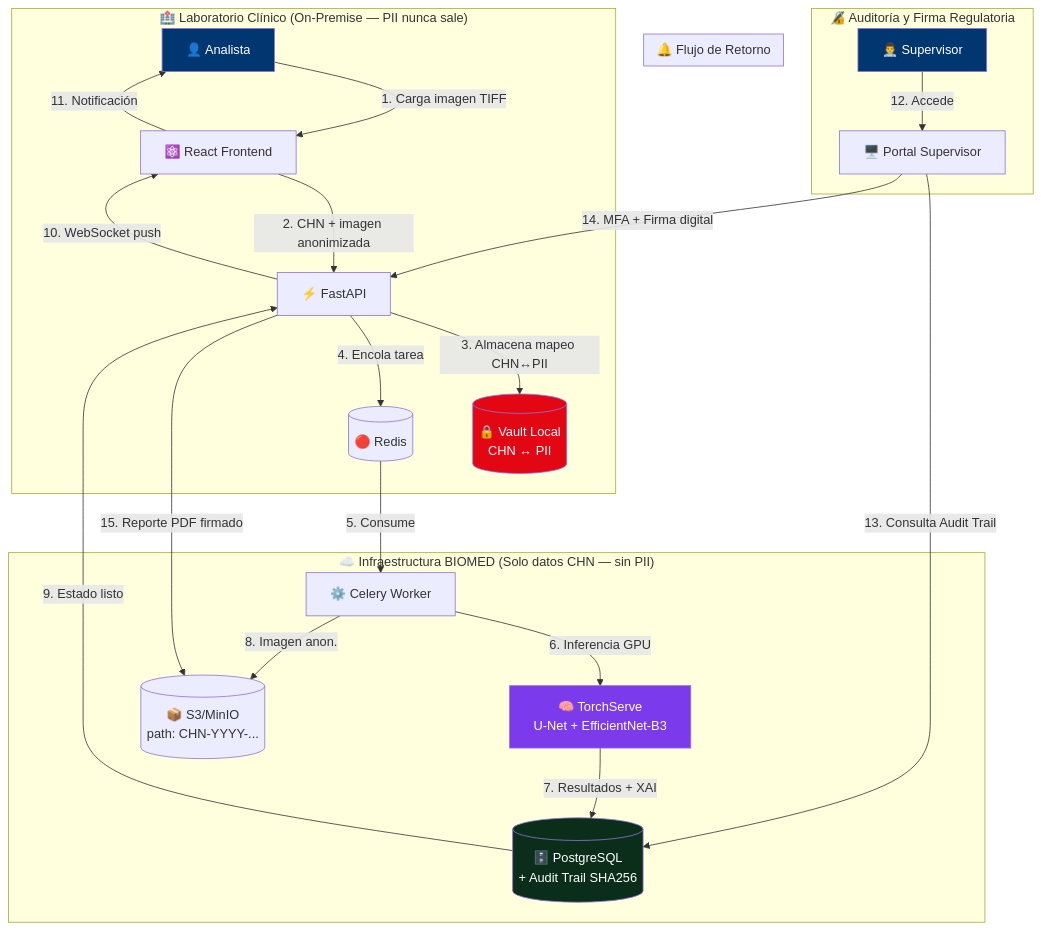
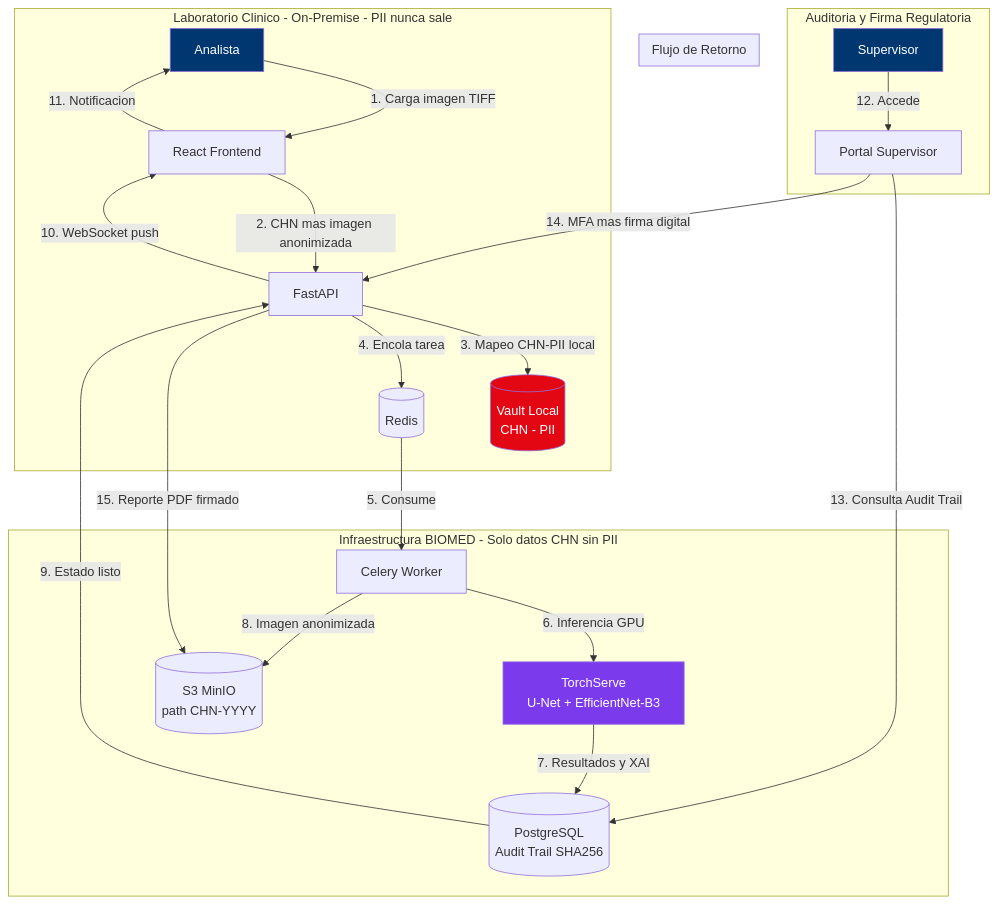
One commit to guillemc92/karyoumss changed the fifth of 6 diagrams in docs/PRD_v2.md. Above: the diagram before and after it, drawn with Mermaid. The commit also changed other lines of this file, not shown here.

First line of the commit message:
fix(prd): Fix Mermaid diagrams for GitHub rendering

````diff
--- a/docs/PRD_v2.md
+++ b/docs/PRD_v2.md
@@ -689,35 +672,34 @@
 ```mermaid
 flowchart TB
-    subgraph LAB ["🏥 Laboratorio Clínico (On-Premise — PII nunca sale)"]
-        A["👤 Analista"] -->|"1. Carga imagen TIFF"| B["⚛️ React Frontend"]
-        B -->|"2. CHN + imagen anonimizada"| C["⚡ FastAPI"]
-        C -->|"3. Almacena mapeo CHN↔PII"| D[("🔒 Vault Local\nCHN ↔ PII")]
-        C -->|"4. Encola tarea"| E[("🔴 Redis")]
+    subgraph LAB [Laboratorio Clinico - On-Premise - PII nunca sale]
+        A[Analista] -->|1. Carga imagen TIFF| B[React Frontend]
+        B -->|2. CHN mas imagen anonimizada| C[FastAPI]
+        C -->|3. Mapeo CHN-PII local| D[(Vault Local\nCHN - PII)]
+        C -->|4. Encola tarea| E[(Redis)]
     end
 
-    subgraph CLOUD ["☁️ Infraestructura BIOMED (Solo datos CHN — sin PII)"]
-        E -->|"5. Consume"| F["⚙️ Celery Worker"]
-        F -->|"6. Inferencia GPU"| G["🧠 TorchServe\nU-Net + EfficientNet-B3"]
-        G -->|"7. Resultados + XAI"| H[("🗄️ PostgreSQL\n+ Audit Trail SHA256")]
-        F -->|"8. Imagen anon."| I[("📦 S3/MinIO\npath: CHN-YYYY-...")]
+    subgraph CLOUD [Infraestructura BIOMED - Solo datos CHN sin PII]
+        E -->|5. Consume| F[Celery Worker]
+        F -->|6. Inferencia GPU| G[TorchServe\nU-Net + EfficientNet-B3]
+        G -->|7. Resultados y XAI| H[(PostgreSQL\nAudit Trail SHA256)]
+        F -->|8. Imagen anonimizada| I[(S3 MinIO\npath CHN-YYYY)]
     end
 
-    subgraph RETURN ["🔔 Flujo de Retorno"]
-        H -->|"9. Estado listo"| C
-        C -->|"10. WebSocket push"| B
-        B -->|"11. Notificación"| A
+    subgraph RETURN [Flujo de Retorno]
+        H -->|9. Estado listo| C
+        C -->|10. WebSocket push| B
+        B -->|11. Notificacion| A
     end
 
-    subgraph SUPERVISOR ["🔏 Auditoría y Firma Regulatoria"]
-        J["👨‍⚕️ Supervisor"] -->|"12. Accede"| K["🖥️ Portal Supervisor"]
-        K -->|"13. Consulta Audit Trail"| H
-        K -->|"14. MFA + Firma digital"| C
-        C -->|"15. Reporte PDF firmado"| I
+    subgraph SUPER [Auditoria y Firma Regulatoria]
+        J[Supervisor] -->|12. Accede| K[Portal Supervisor]
+        K -->|13. Consulta Audit Trail| H
+        K -->|14. MFA mas firma digital| C
+        C -->|15. Reporte PDF firmado| I
     end
 
     style A fill:#003770,color:#fff
     style J fill:#003770,color:#fff
     style D fill:#E30613,color:#fff
     style G fill:#7c3aed,color:#fff
-    style H fill:#0a2e1a,color:#fff
 ```
````
